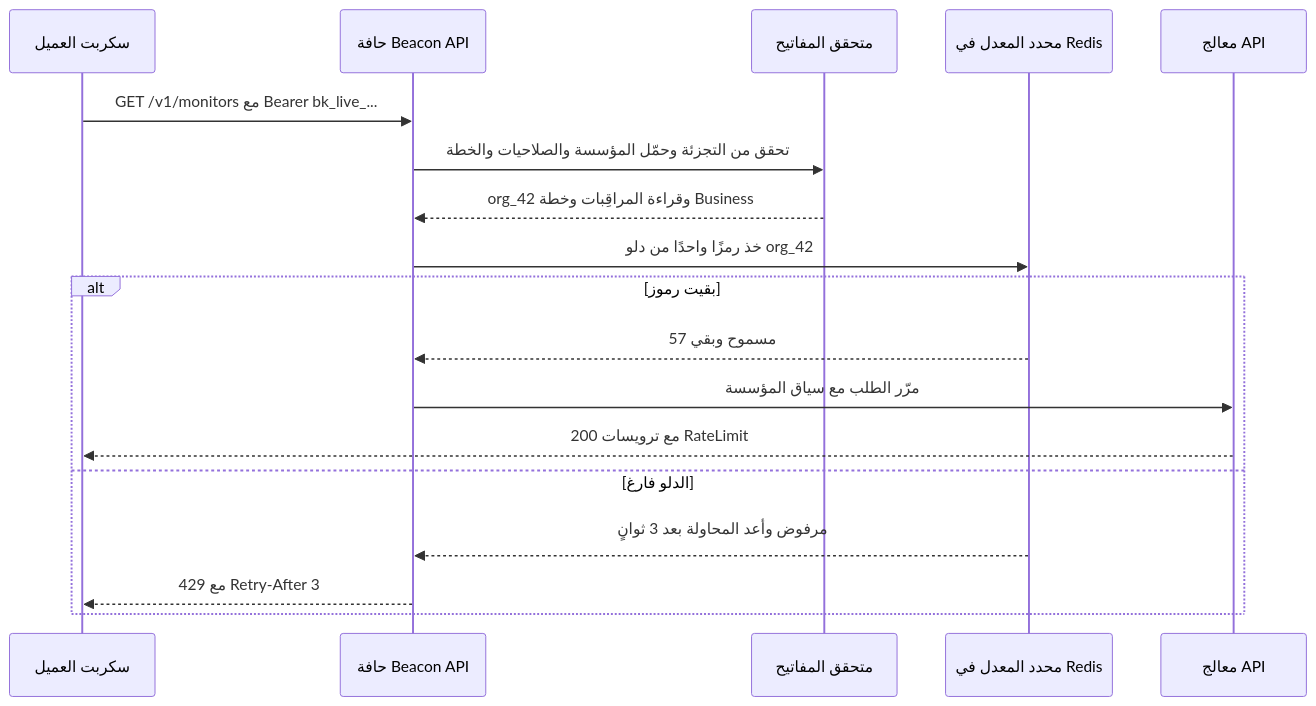
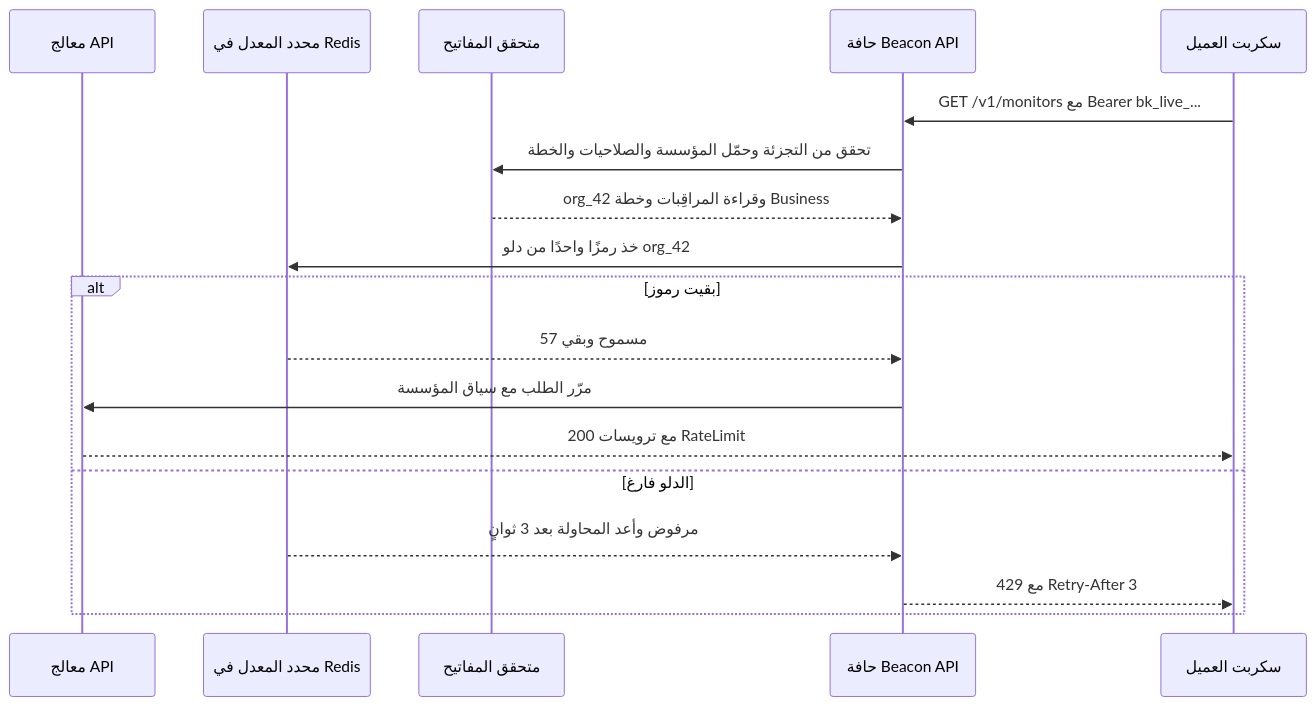
The second of 4 diagrams in saas/modules/05-background-integrations.ar.md (Tamoura/system-design-for-vibe-coders), drawn with Mermaid before and after one commit. The commit also changed other lines of this file and 31 other files, not shown here.

First line of the commit message:
Arabic editions: diagrams flow right to left

````diff
--- a/saas/modules/05-background-integrations.ar.md
+++ b/saas/modules/05-background-integrations.ar.md
@@ -395,20 +395,20 @@
 ```mermaid
 sequenceDiagram
-  participant C as سكربت العميل
-  participant G as حافة Beacon API
-  participant K as متحقق المفاتيح
-  participant R as محدد المعدل في Redis
-  participant A as معالج API
+    participant A as معالج API
+    participant R as محدد المعدل في Redis
+    participant K as متحقق المفاتيح
+    participant G as حافة Beacon API
+    participant C as سكربت العميل
   C->>G: GET /v1/monitors مع Bearer bk_live_...
   G->>K: تحقق من التجزئة وحمّل المؤسسة والصلاحيات والخطة
   K-->>G: org_42 وقراءة المراقِبات وخطة Business
   G->>R: خذ رمزًا واحدًا من دلو org_42
   alt بقيت رموز
     R-->>G: مسموح وبقي 57
     G->>A: مرّر الطلب مع سياق المؤسسة
     A-->>C: 200 مع ترويسات RateLimit
   else الدلو فارغ
     R-->>G: مرفوض وأعد المحاولة بعد 3 ثوانٍ
     G-->>C: 429 مع Retry-After 3
   end
 ```
````
